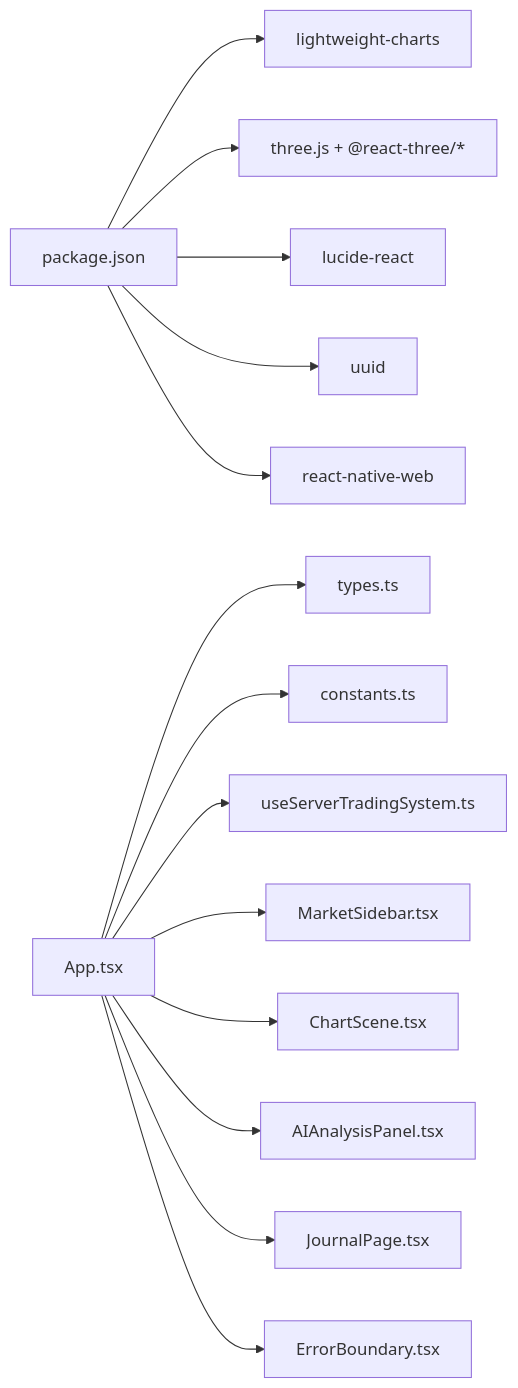
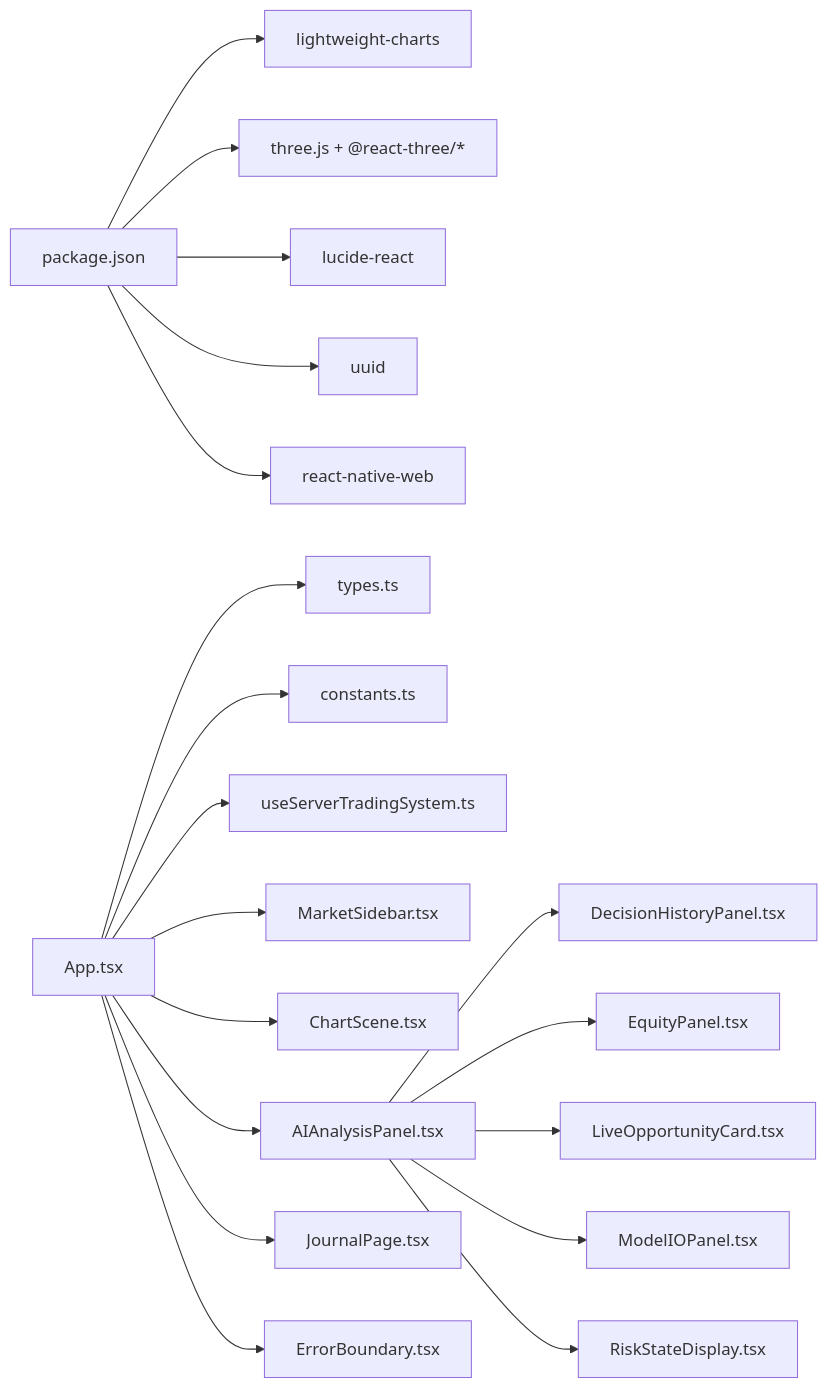
One commit to gemrajkhatry-maker/v5-of-glassytrade-ai changed the fifth of 5 diagrams in .qoder/repowiki/en/content/Frontend Application/Frontend Application.md. Above: the diagram before and after it, drawn with Mermaid. The commit also changed other lines of this file and 930 other files, not shown here.

````diff
--- a/.qoder/repowiki/en/content/Frontend Application/Frontend Application.md
+++ b/.qoder/repowiki/en/content/Frontend Application/Frontend Application.md
@@ -339,16 +518,21 @@
 ```mermaid
 graph LR
 PKG["package.json"] --> LC["lightweight-charts"]
 PKG --> THREE["three.js + @react-three/*"]
 PKG --> LUCIDE["lucide-react"]
 PKG --> UUID["uuid"]
 PKG --> RNW["react-native-web"]
 APP["App.tsx"] --> TYPES["types.ts"]
 APP --> CONST["constants.ts"]
 APP --> HOOK["useServerTradingSystem.ts"]
 APP --> MS["MarketSidebar.tsx"]
 APP --> CS["ChartScene.tsx"]
 APP --> AAP["AIAnalysisPanel.tsx"]
 APP --> JP["JournalPage.tsx"]
 APP --> EB["ErrorBoundary.tsx"]
+AAP --> DHP["DecisionHistoryPanel.tsx"]
+AAP --> EP["EquityPanel.tsx"]
+AAP --> LOP["LiveOpportunityCard.tsx"]
+AAP --> MIP["ModelIOPanel.tsx"]
+AAP --> RSD["RiskStateDisplay.tsx"]
 ```
````
